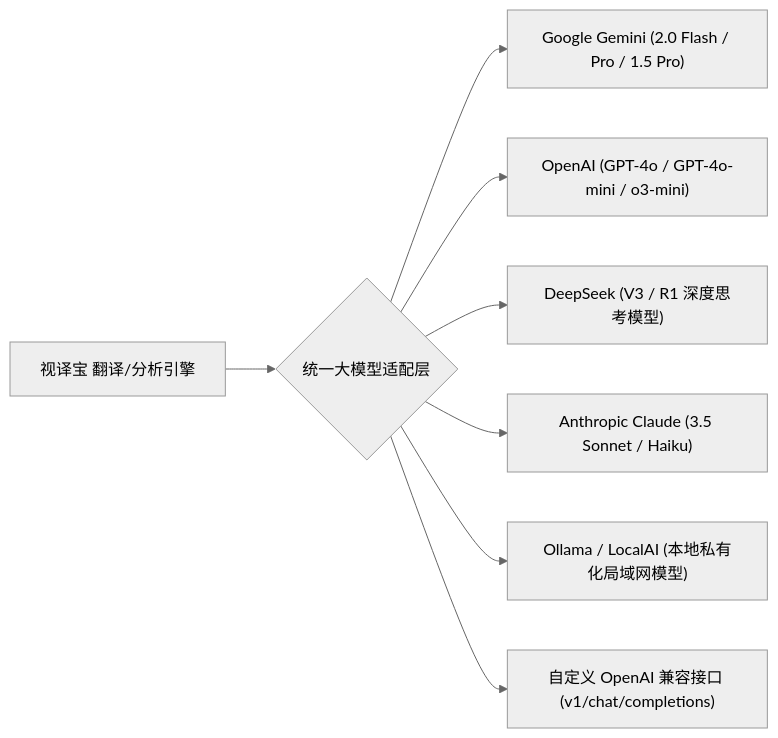
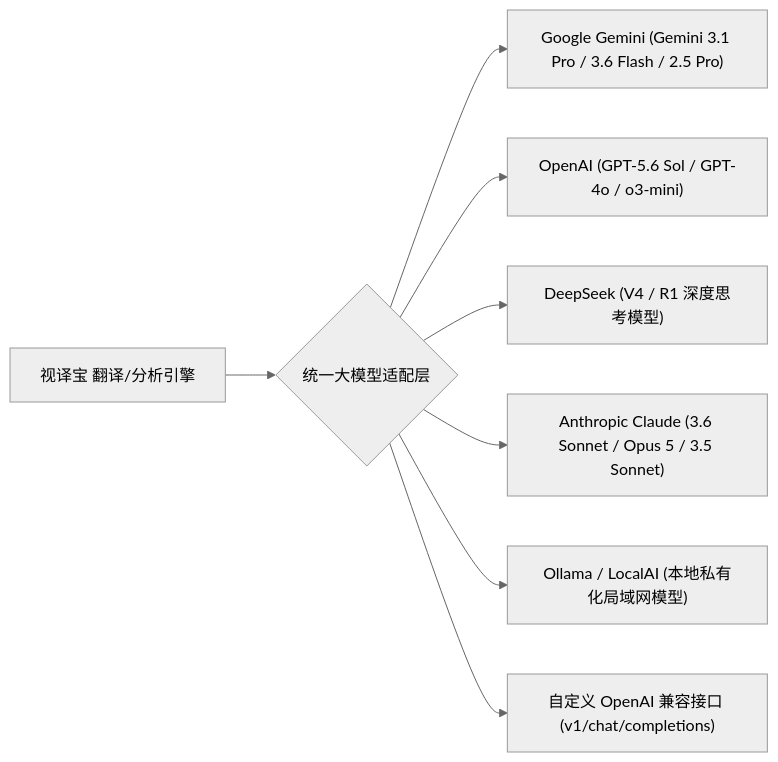
One commit to deijing/shiyibao changed the first of 2 diagrams in README.md. Above: the diagram before and after it, drawn with Mermaid (neutral theme). The commit also changed other lines of this file and 1 other file, not shown here.

Commit message:
feat: 全面同步 2026 最新大模型列表 (Gemini 3.1 Pro / 3.6 Flash, GPT-5.6 Sol, Claude 3.6 Sonnet, DeepSeek V4/R1)

````diff
--- a/README.md
+++ b/README.md
@@ -51,10 +51,10 @@
 ```mermaid
 flowchart LR
     A[视译宝 翻译/分析引擎] --> B{统一大模型适配层}
-    B --> C["Google Gemini (2.0 Flash / Pro / 1.5 Pro)"]
-    B --> D["OpenAI (GPT-4o / GPT-4o-mini / o3-mini)"]
-    B --> E["DeepSeek (V3 / R1 深度思考模型)"]
-    B --> F["Anthropic Claude (3.5 Sonnet / Haiku)"]
+    B --> C["Google Gemini (Gemini 3.1 Pro / 3.6 Flash / 2.5 Pro)"]
+    B --> D["OpenAI (GPT-5.6 Sol / GPT-4o / o3-mini)"]
+    B --> E["DeepSeek (V4 / R1 深度思考模型)"]
+    B --> F["Anthropic Claude (3.6 Sonnet / Opus 5 / 3.5 Sonnet)"]
     B --> G["Ollama / LocalAI (本地私有化局域网模型)"]
     B --> H["自定义 OpenAI 兼容接口 (v1/chat/completions)"]
 ```
````
